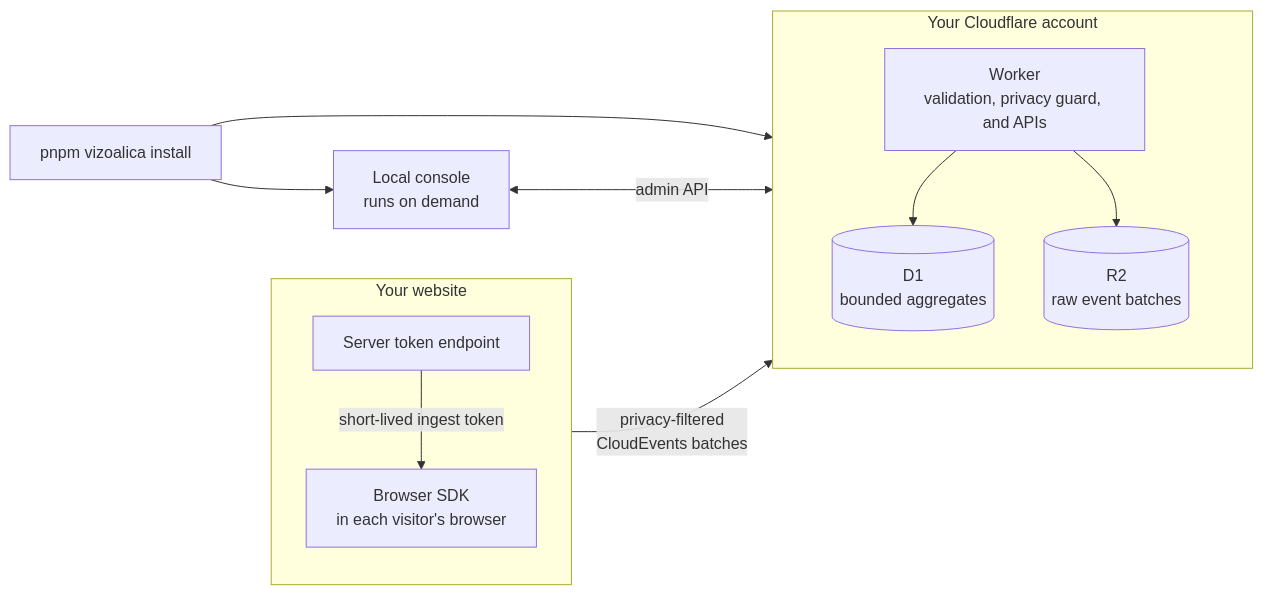
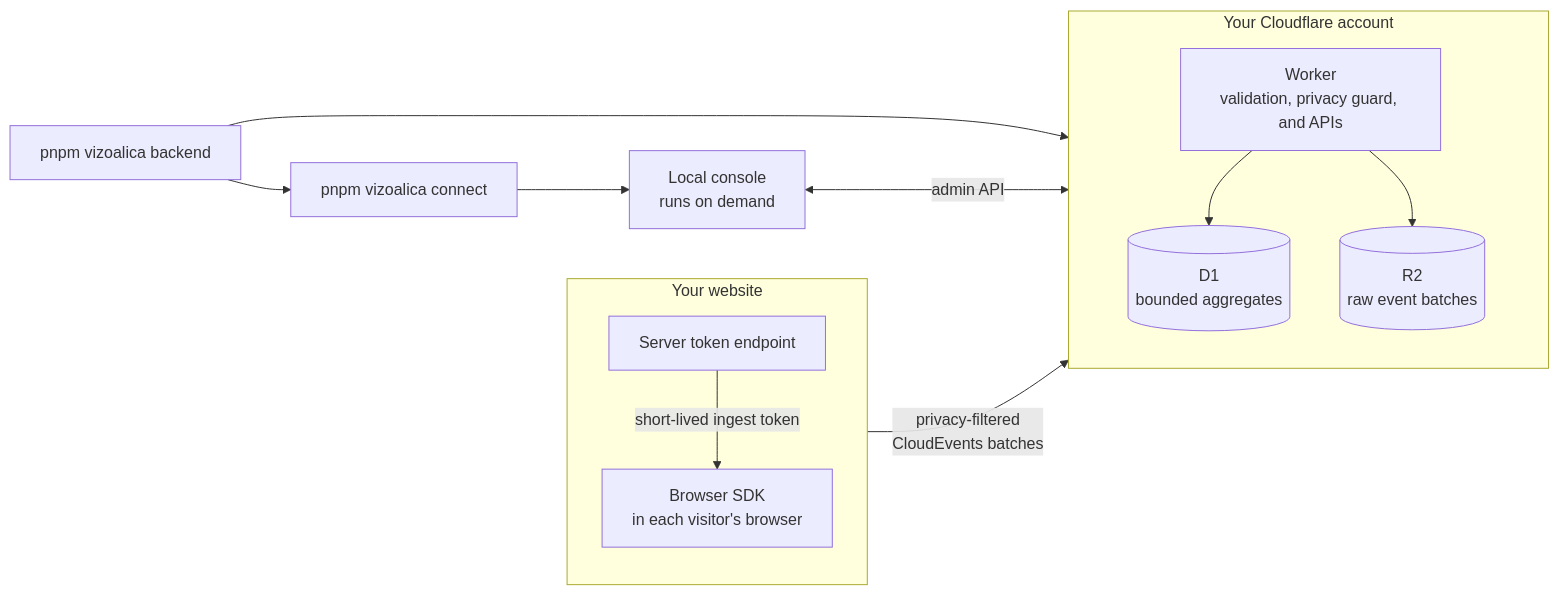
One commit to ehud-am/vizoalica changed the diagram in README.md. Above: the diagram before and after it, drawn with Mermaid. The commit also changed other lines of this file and 23 other files, not shown here.

````diff
--- a/README.md
+++ b/README.md
@@ -22,22 +22,23 @@
 ```mermaid
 flowchart LR
-  install["pnpm vizoalica install"]
+  backend["pnpm vizoalica backend"]
+  connect["pnpm vizoalica connect"]
   console["Local console<br/>runs on demand"]
 
   subgraph site["Your website"]
     direction TB
     token["Server token endpoint"] -->|"short-lived ingest token"| sdk["Browser SDK<br/>in each visitor's browser"]
   end
 
   subgraph account["Your Cloudflare account"]
     direction TB
     worker["Worker<br/>validation, privacy guard, and APIs"]
     worker --> d1[("D1<br/>bounded aggregates")]
     worker --> r2[("R2<br/>raw event batches")]
   end
 
-  install --> worker
-  install --> console
+  backend --> worker
+  backend --> connect --> console
   sdk -->|"privacy-filtered<br/>CloudEvents batches"| worker
   console <-->|"admin API"| worker
 ```
````
